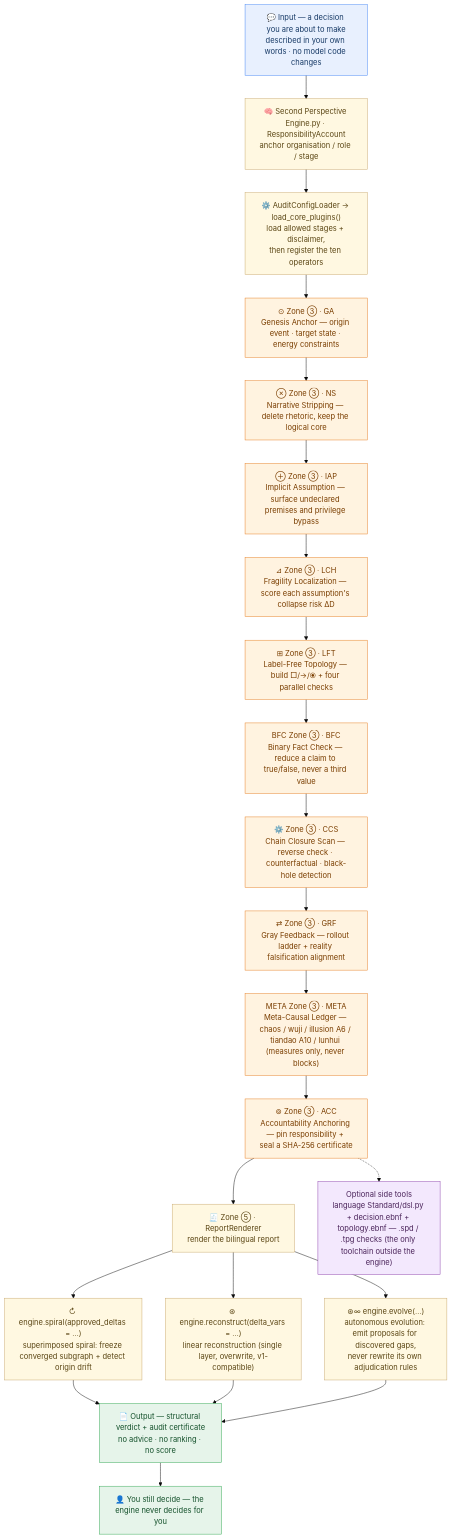
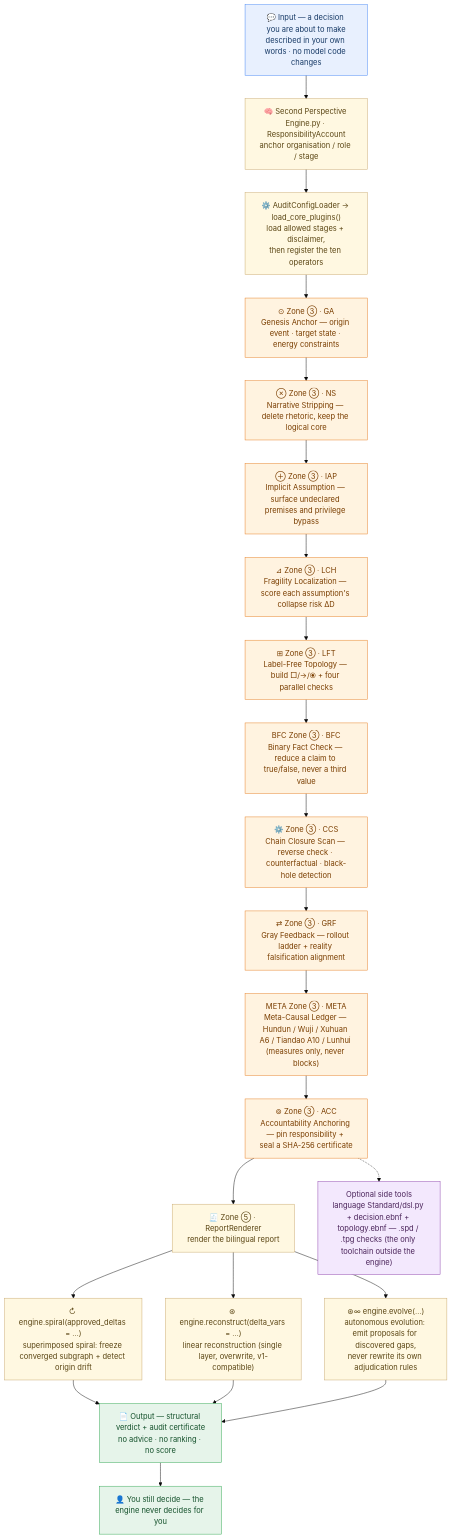
The diagram in README.md (NOHN-AI/second-perspective), drawn with Mermaid (base theme) before and after one commit. The commit also changed other lines of this file and 2 other files, not shown here.

First line of the commit message:
docs: README 双版与 ARCHITECTURE 按二次实测修正

````diff
--- a/README.md
+++ b/README.md
@@ -48,61 +48,61 @@
 ```mermaid
 flowchart TB
     IN["💬 Input — a decision you are about to make<br/>described in your own words · no model code changes"]
 
     E1["🧠 Second Perspective Engine.py · ResponsibilityAccount<br/>anchor organisation / role / stage"]
     E2["⚙️ AuditConfigLoader → load_core_plugins()<br/>load allowed stages + disclaimer,<br/>then register the ten operators"]
 
     A0["⊙ Zone ③ · GA<br/>Genesis Anchor — origin event · target state · energy constraints"]
     A1["⊗ Zone ③ · NS<br/>Narrative Stripping — delete rhetoric, keep the logical core"]
     A2["⊕ Zone ③ · IAP<br/>Implicit Assumption — surface undeclared premises and privilege bypass"]
     A3["⊿ Zone ③ · LCH<br/>Fragility Localization — score each assumption's collapse risk ΔD"]
     A6["⊞ Zone ③ · LFT<br/>Label-Free Topology — build □/→/⦿ + four parallel checks"]
     A8["BFC Zone ③ · BFC<br/>Binary Fact Check — reduce a claim to true/false, never a third value"]
     A4["⚙️ Zone ③ · CCS<br/>Chain Closure Scan — reverse check · counterfactual · black-hole detection"]
     A7["⇄ Zone ③ · GRF<br/>Gray Feedback — rollout ladder + reality falsification alignment"]
-    A9["META Zone ③ · META<br/>Meta-Causal Ledger — chaos / wuji / illusion A6 / tiandao A10 / lunhui (measures only, never blocks)"]
+    A9["META Zone ③ · META<br/>Meta-Causal Ledger — Hundun / Wuji / Xuhuan A6 / Tiandao A10 / Lunhui (measures only, never blocks)"]
     A5["⊚ Zone ③ · ACC<br/>Accountability Anchoring — pin responsibility + seal a SHA-256 certificate"]
 
     R["🧾 Zone ⑤ · ReportRenderer<br/>render the bilingual report"]
     RC["↻ engine.spiral(approved_deltas = …)<br/>superimposed spiral: freeze converged subgraph + detect origin drift"]
     RC2["⊛ engine.reconstruct(delta_vars = …)<br/>linear reconstruction (single layer, overwrite, v1-compatible)"]
     RC3["⊛∞ engine.evolve(…)<br/>autonomous evolution: emit proposals for discovered gaps,<br/>never rewrite its own adjudication rules"]
 
     SIDE["Optional side tools<br/>language Standard/dsl.py + decision.ebnf + topology.ebnf — .spd / .tpg checks (the only toolchain outside the engine)"]
 
     OUT["📄 Output — structural verdict + audit certificate<br/>no advice · no ranking · no score"]
     HUMAN["👤 You still decide — the engine never decides for you"]
 
     IN --> E1
     E1 --> E2
     E2 --> A0
     A0 --> A1
     A1 --> A2
     A2 --> A3
     A3 --> A6
     A6 --> A8
     A8 --> A4
     A4 --> A7
     A7 --> A9
     A9 --> A5
     A5 --> R
     R --> RC
     R --> RC2
     R --> RC3
     RC --> OUT
     RC2 --> OUT
     RC3 --> OUT
     OUT --> HUMAN
     A5 -.-> SIDE
 
     classDef cIn fill:#E8F0FE,stroke:#4285F4,stroke-width:1px,color:#173A66
     classDef cEng fill:#FFF8E1,stroke:#C9A96E,stroke-width:1px,color:#5B4614
     classDef cOp fill:#FFF3E0,stroke:#E67E22,stroke-width:1px,color:#7A3E00
     classDef cSide fill:#F3E8FD,stroke:#8E44AD,stroke-width:1px,color:#4A235A
     classDef cOut fill:#E6F4EA,stroke:#34A853,stroke-width:1px,color:#14512B
     class IN cIn
     class E1,E2,R,RC,RC2,RC3 cEng
     class A0,A1,A2,A3,A4,A5,A6,A7,A8,A9 cOp
     class SIDE cSide
     class OUT,HUMAN cOut
 ```
````
